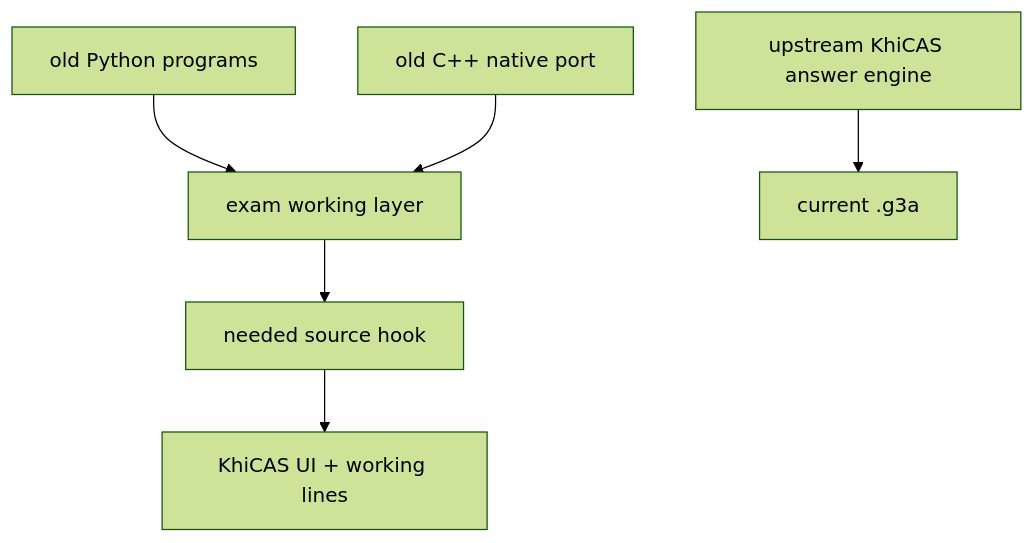
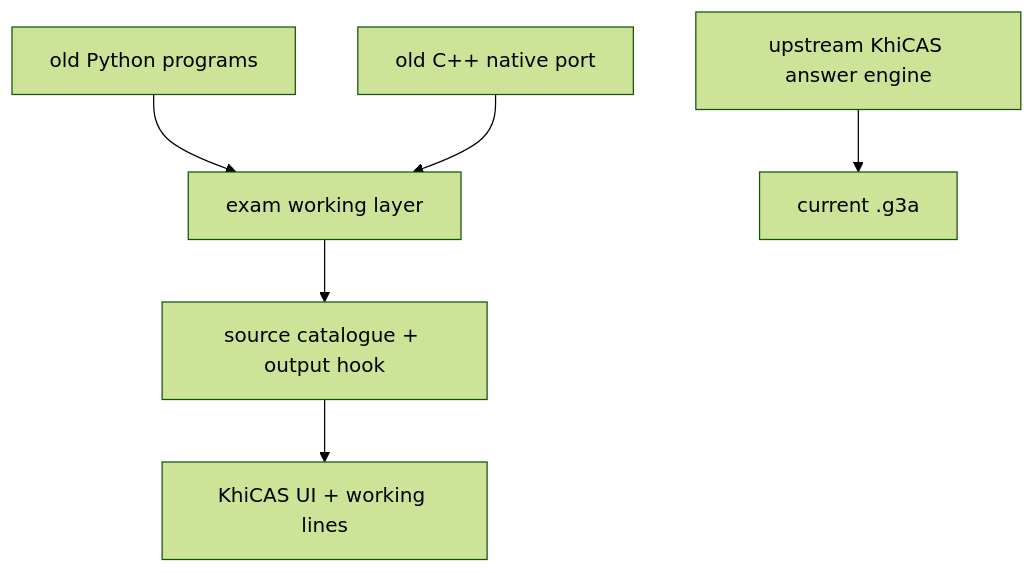
One commit to james8464/notes-addin-casio-fx-cg50 changed the diagram in c++/FEATURE_PARITY.md. Above: the diagram before and after it, drawn with Mermaid (forest theme). The commit also changed other lines of this file and 4 other files, not shown here.

````diff
--- a/c++/FEATURE_PARITY.md
+++ b/c++/FEATURE_PARITY.md
@@ -3,8 +3,8 @@
 ```mermaid
 graph TD
   Py["old Python programs"] --> Work["exam working layer"]
   OldCpp["old C++ native port"] --> Work
   Khi["upstream KhiCAS answer engine"] --> App["current .g3a"]
-  Work --> Hook["needed source hook"]
+  Work --> Hook["source catalogue + output hook"]
   Hook --> Future["KhiCAS UI + working lines"]
 ```
````
